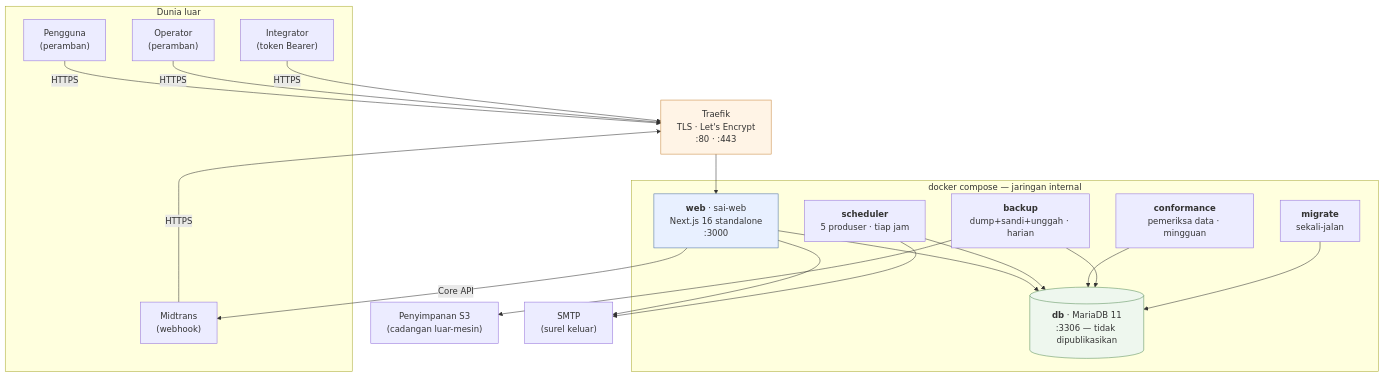
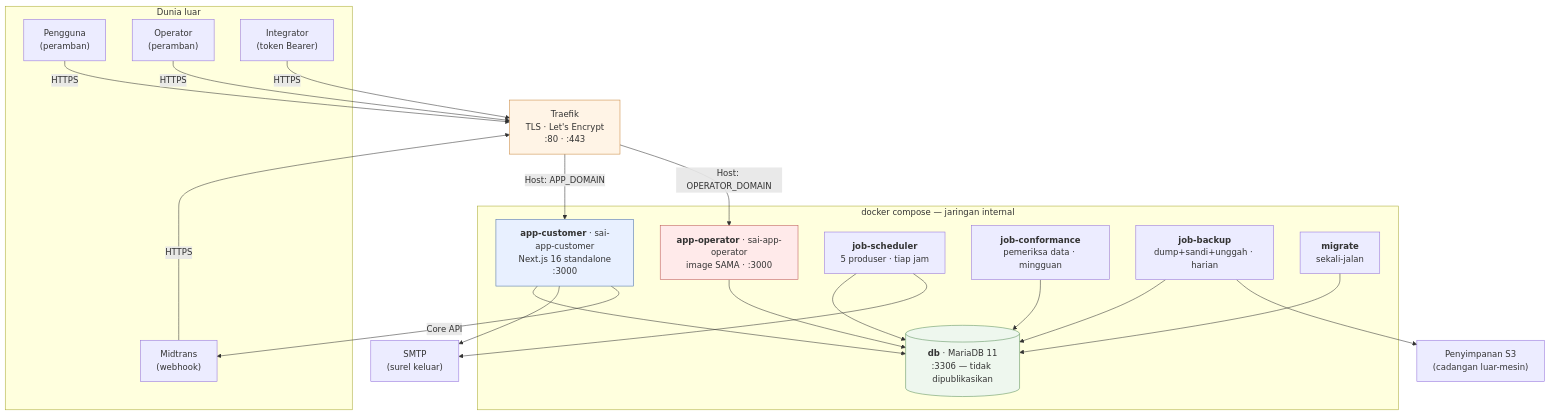
Before and after one commit to tri-evendi/sai-accounting: the second of 2 diagrams in docs/arsitektur/01-RINGKASAN-PLATFORM.md, drawn with Mermaid. The commit also changed other lines of this file and 18 other files, not shown here.

````diff
--- a/docs/arsitektur/01-RINGKASAN-PLATFORM.md
+++ b/docs/arsitektur/01-RINGKASAN-PLATFORM.md
@@ -72,44 +72,48 @@
 ```mermaid
 graph TB
     subgraph luar["Dunia luar"]
         U["Pengguna<br/>(peramban)"]
         OPS["Operator<br/>(peramban)"]
         INT["Integrator<br/>(token Bearer)"]
         MT["Midtrans<br/>(webhook)"]
     end
 
     TR["Traefik<br/>TLS · Let's Encrypt<br/>:80 · :443"]
 
     subgraph compose["docker compose — jaringan internal"]
-        WEB["<b>web</b> · sai-web<br/>Next.js 16 standalone<br/>:3000"]
-        SCH["<b>scheduler</b><br/>5 produser · tiap jam"]
-        CON["<b>conformance</b><br/>pemeriksa data · mingguan"]
-        BAK["<b>backup</b><br/>dump+sandi+unggah · harian"]
+        WEBC["<b>app-customer</b> · sai-app-customer<br/>Next.js 16 standalone<br/>:3000"]
+        WEBO["<b>app-operator</b> · sai-app-operator<br/>image SAMA · :3000"]
+        SCH["<b>job-scheduler</b><br/>5 produser · tiap jam"]
+        CON["<b>job-conformance</b><br/>pemeriksa data · mingguan"]
+        BAK["<b>job-backup</b><br/>dump+sandi+unggah · harian"]
         MIG["<b>migrate</b><br/>sekali-jalan"]
         DB[("<b>db</b> · MariaDB 11<br/>:3306 — tidak dipublikasikan")]
     end
 
     S3["Penyimpanan S3<br/>(cadangan luar-mesin)"]
     SMTP["SMTP<br/>(surel keluar)"]
 
     U -->|HTTPS| TR
     OPS -->|HTTPS| TR
     INT -->|HTTPS| TR
     MT -->|HTTPS| TR
-    TR --> WEB
+    TR -->|"Host: APP_DOMAIN"| WEBC
+    TR -->|"Host: OPERATOR_DOMAIN"| WEBO
 
-    WEB --> DB
+    WEBC --> DB
+    WEBO --> DB
     SCH --> DB
     CON --> DB
     BAK --> DB
     MIG --> DB
 
     BAK --> S3
-    WEB --> SMTP
+    WEBC --> SMTP
     SCH --> SMTP
-    WEB -->|Core API| MT
+    WEBC -->|Core API| MT
 
     style TR fill:#fff4e6,stroke:#c9873d
-    style WEB fill:#e8f0ff,stroke:#4a6fa5
+    style WEBC fill:#e8f0ff,stroke:#4a6fa5
+    style WEBO fill:#ffeaea,stroke:#b55
     style DB fill:#eef7ee,stroke:#5a8f5a
 ```
````
